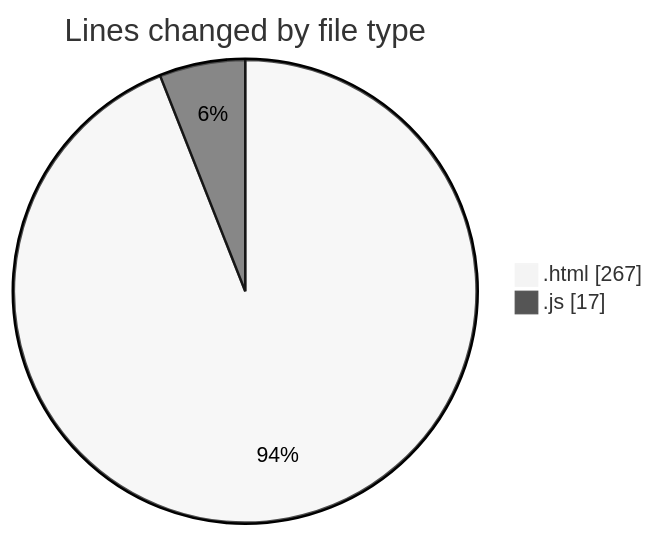
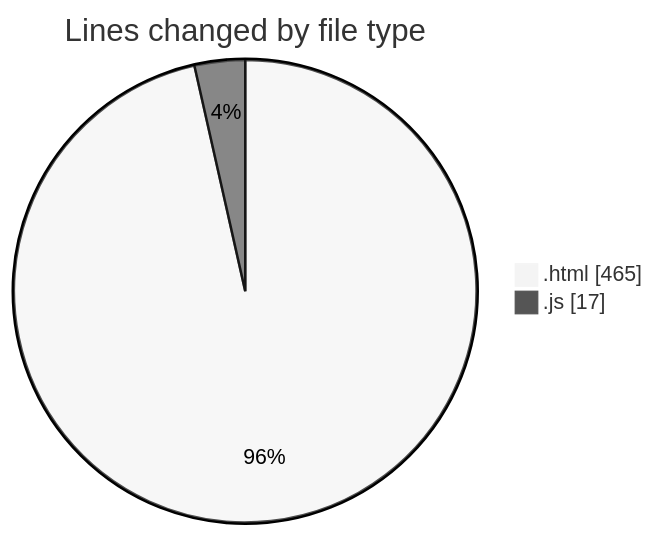
The first of 2 diagrams in 2025-09-13/new_folder/README.md (IJAZ3593/code-tracking), drawn with Mermaid (neutral theme) before and after one commit. The commit also changed other lines of this file and 1 other file, not shown here.

````diff
--- a/2025-09-13/new_folder/README.md
+++ b/2025-09-13/new_folder/README.md
@@ -25,6 +25,6 @@
 ```mermaid
 pie showData
 title Lines changed by file type
-".html" : 267
+".html" : 465
 ".js" : 17
 ```
````
